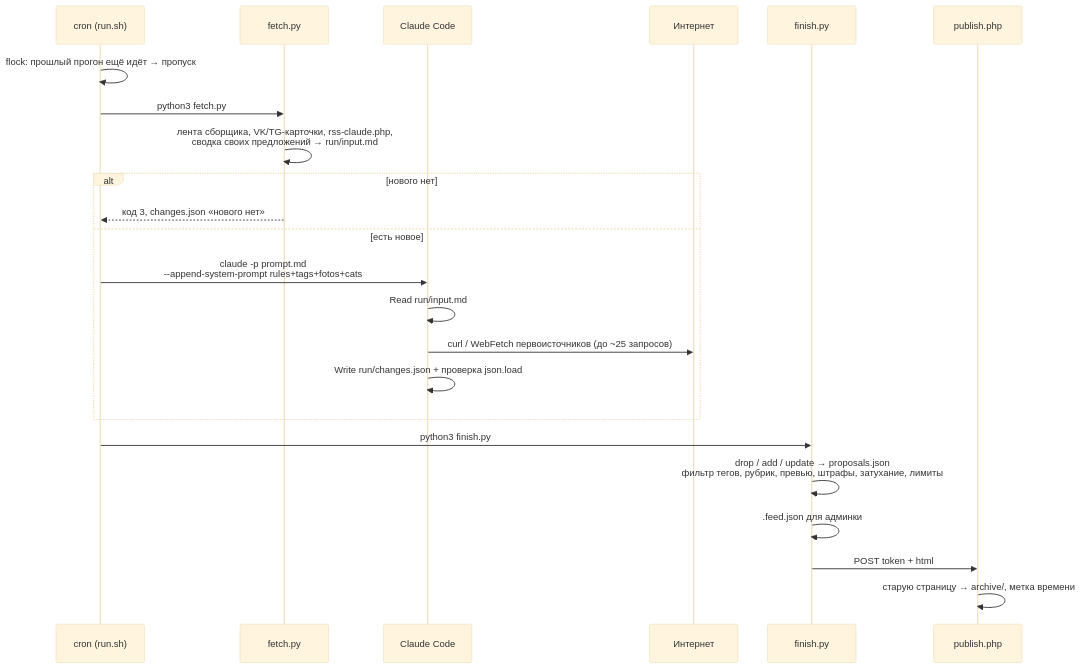
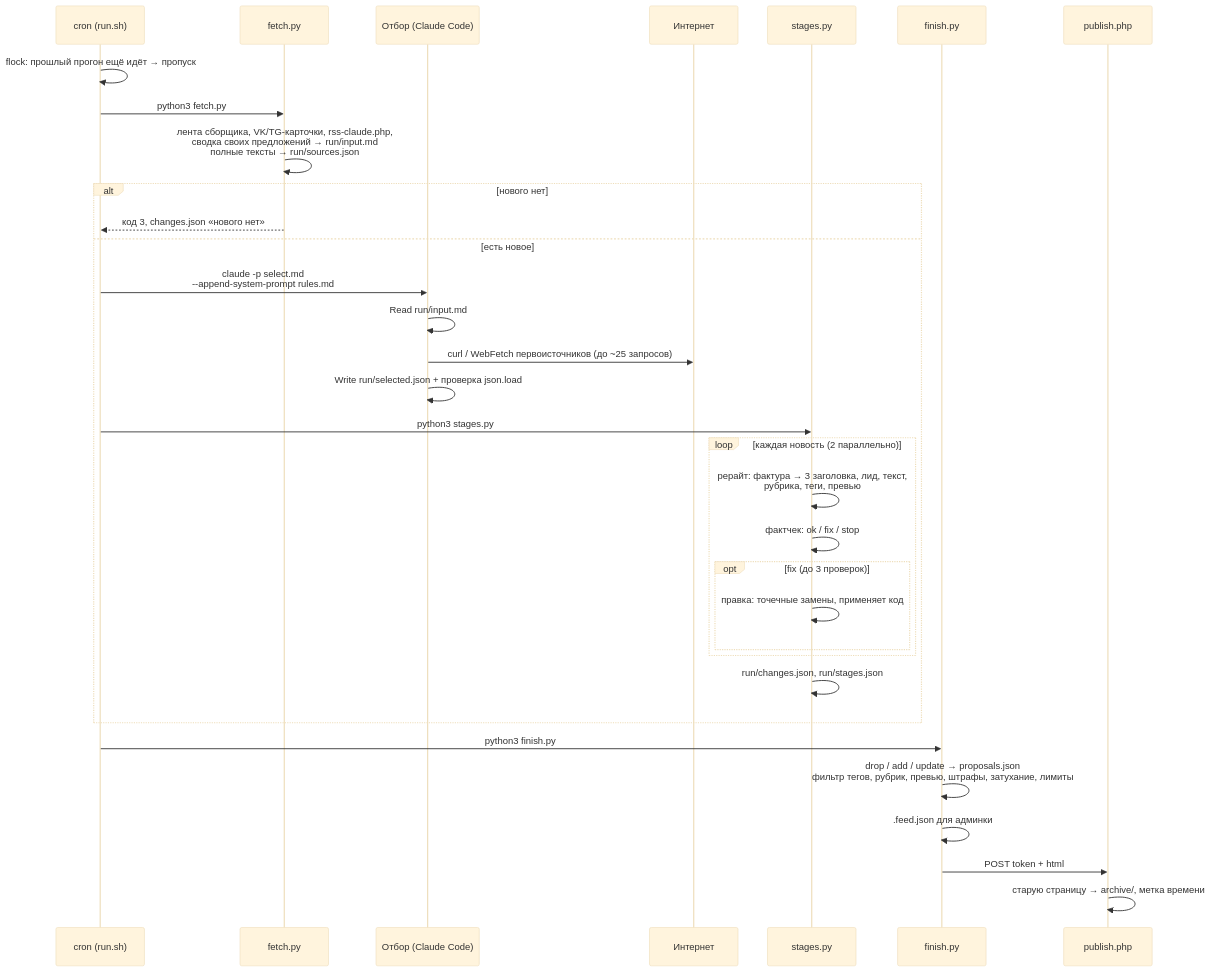
Before and after one commit to delffine/ai_editor: the second of 5 diagrams in README.md, drawn with Mermaid (base theme). The commit also changed other lines of this file and 13 other files, not shown here.

First line of the commit message:
Три этапа: отбор → рерайт + фактчек → страница

````diff
--- a/README.md
+++ b/README.md
@@ -109,26 +121,36 @@
 ```mermaid
 sequenceDiagram
     participant CR as cron (run.sh)
     participant F as fetch.py
-    participant C as Claude Code
+    participant C as Отбор (Claude Code)
     participant W as Интернет
+    participant S as stages.py
     participant FN as finish.py
     participant P as publish.php
 
     CR->>CR: flock: прошлый прогон ещё идёт → пропуск
     CR->>F: python3 fetch.py
-    F->>F: лента сборщика, VK/TG-карточки, rss-claude.php,<br/>сводка своих предложений → run/input.md
+    F->>F: лента сборщика, VK/TG-карточки, rss-claude.php,<br/>сводка своих предложений → run/input.md<br/>полные тексты → run/sources.json
     alt нового нет
         F-->>CR: код 3, changes.json «нового нет»
     else есть новое
-        CR->>C: claude -p prompt.md<br/>--append-system-prompt rules+tags+fotos+cats
+        CR->>C: claude -p select.md<br/>--append-system-prompt rules.md
         C->>C: Read run/input.md
         C->>W: curl / WebFetch первоисточников (до ~25 запросов)
-        C->>C: Write run/changes.json + проверка json.load
+        C->>C: Write run/selected.json + проверка json.load
+        CR->>S: python3 stages.py
+        loop каждая новость (2 параллельно)
+            S->>S: рерайт: фактура → 3 заголовка, лид, текст,<br/>рубрика, теги, превью
+            S->>S: фактчек: ok / fix / stop
+            opt fix (до 3 проверок)
+                S->>S: правка: точечные замены, применяет код
+            end
+        end
+        S->>S: run/changes.json, run/stages.json
     end
     CR->>FN: python3 finish.py
     FN->>FN: drop / add / update → proposals.json<br/>фильтр тегов, рубрик, превью, штрафы, затухание, лимиты
     FN->>FN: .feed.json для админки
     FN->>P: POST token + html
     P->>P: старую страницу → archive/, метка времени
 ```
````
